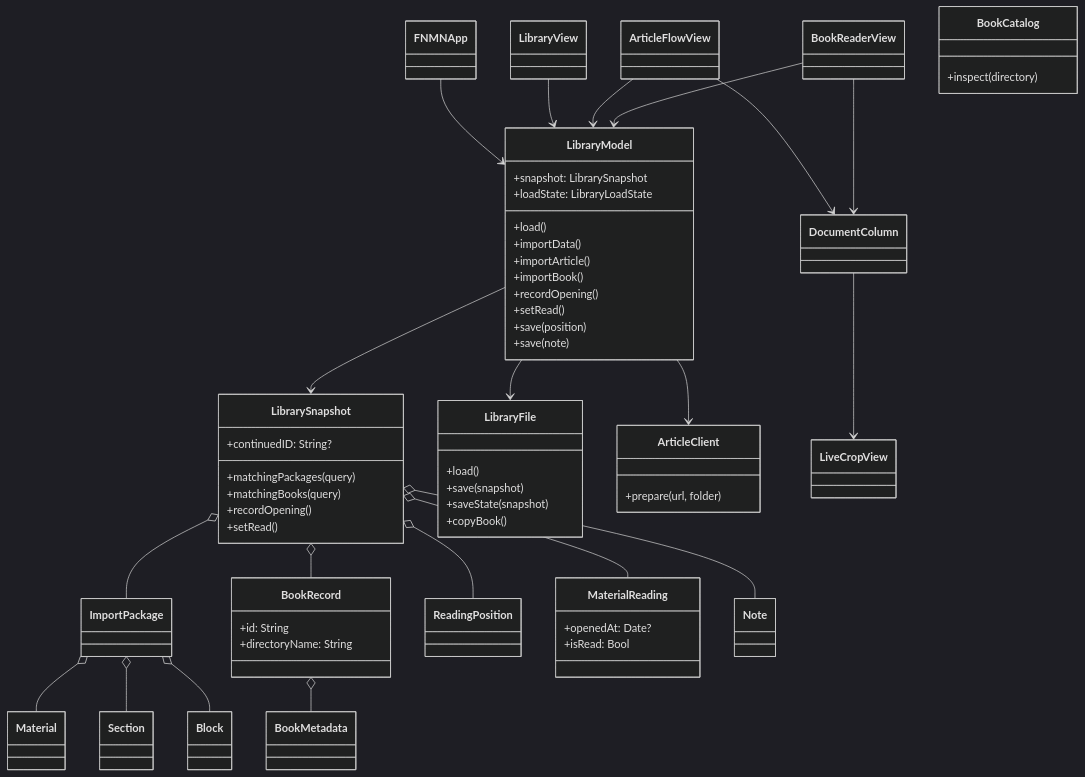
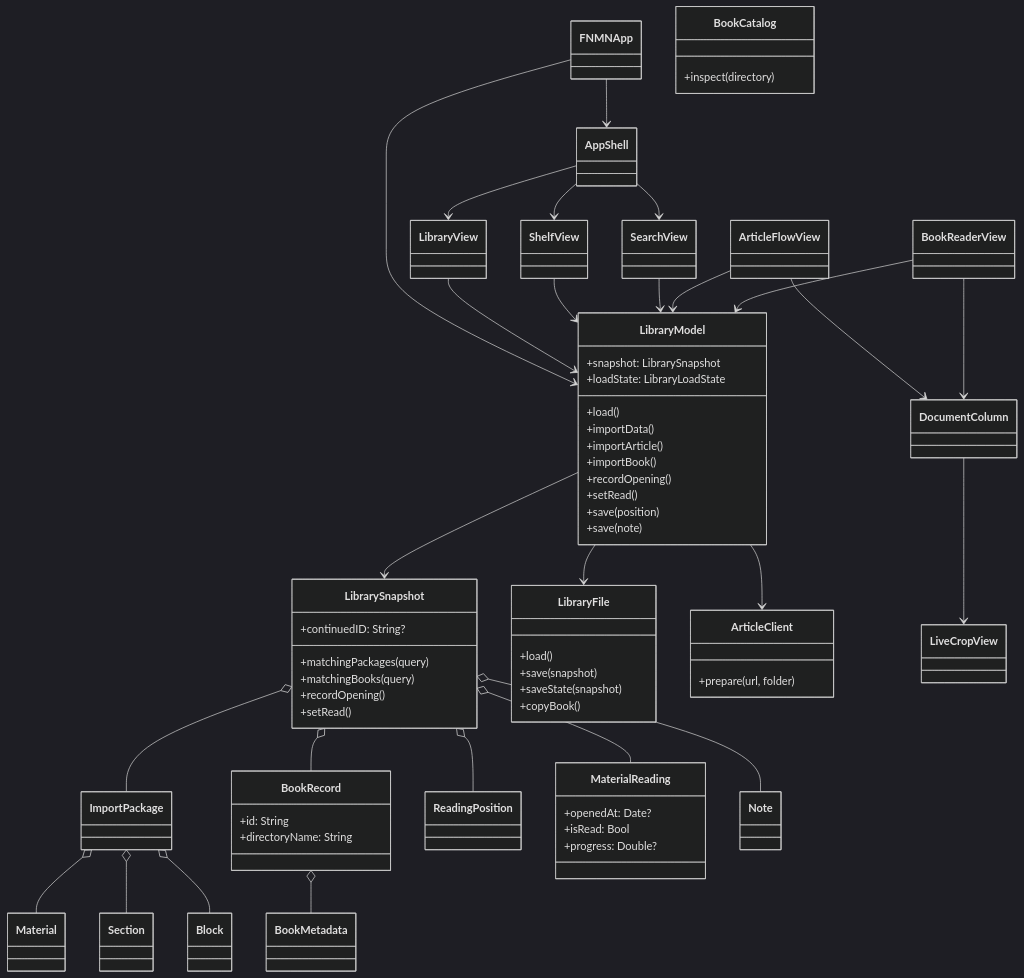
One commit to vladkalinichencko/fnmn-app changed the second of 9 diagrams in APP_SPEC.md. Above: the diagram before and after it, drawn with Mermaid (dark theme). The commit also changed other lines of this file and 38 other files, not shown here.

````diff
--- a/APP_SPEC.md
+++ b/APP_SPEC.md
@@ -72,62 +69,69 @@
 ```mermaid
 classDiagram
+    FNMNApp --> AppShell
+    AppShell --> LibraryView
+    AppShell --> ShelfView
+    AppShell --> SearchView
     FNMNApp --> LibraryModel
     LibraryView --> LibraryModel
+    ShelfView --> LibraryModel
+    SearchView --> LibraryModel
     ArticleFlowView --> LibraryModel
     BookReaderView --> LibraryModel
     ArticleFlowView --> DocumentColumn
     BookReaderView --> DocumentColumn
     LibraryModel --> LibrarySnapshot
     LibraryModel --> LibraryFile
     LibraryModel --> ArticleClient
     LibrarySnapshot o-- ImportPackage
     ImportPackage o-- Material
     ImportPackage o-- Section
     ImportPackage o-- Block
     LibrarySnapshot o-- BookRecord
     BookRecord o-- BookMetadata
     LibrarySnapshot o-- ReadingPosition
     LibrarySnapshot o-- MaterialReading
     LibrarySnapshot o-- Note
     DocumentColumn --> LiveCropView
 
     class LibraryModel {
       +snapshot: LibrarySnapshot
       +loadState: LibraryLoadState
       +load()
       +importData()
       +importArticle()
       +importBook()
       +recordOpening()
       +setRead()
       +save(position)
       +save(note)
     }
     class LibrarySnapshot {
       +continuedID: String?
       +matchingPackages(query)
       +matchingBooks(query)
       +recordOpening()
       +setRead()
     }
     class BookRecord {
       +id: String
       +directoryName: String
     }
     class BookCatalog {
       +inspect(directory)
     }
     class MaterialReading {
       +openedAt: Date?
       +isRead: Bool
+      +progress: Double?
     }
     class LibraryFile {
       +load()
       +save(snapshot)
       +saveState(snapshot)
       +copyBook()
     }
     class ArticleClient {
       +prepare(url, folder)
     }
 ```
````
